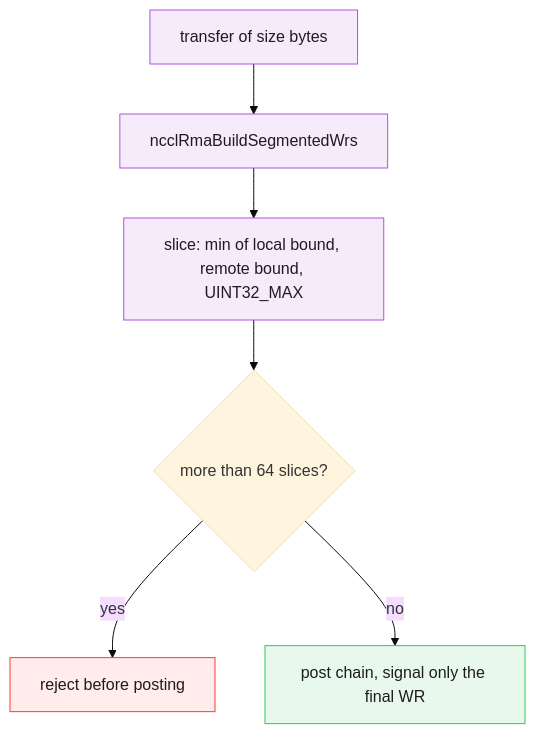
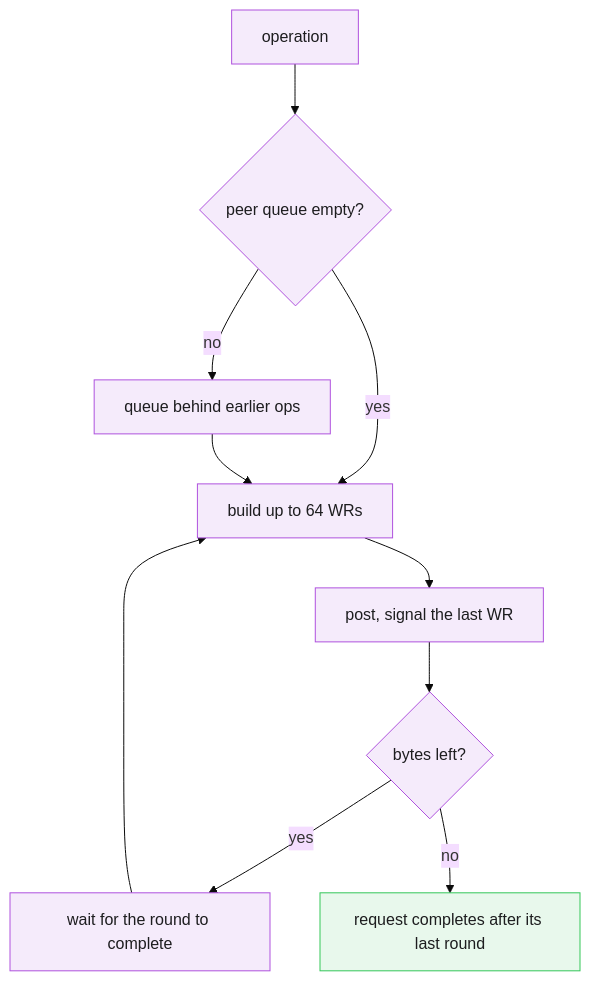
The fourth of 6 diagrams in projects/rccl/docs/design/multi_segment_gin_rma.md (ROCm/rocm-systems), drawn with Mermaid (base theme) before and after one commit. The commit also changed other lines of this file and 16 other files, not shown here.

````diff
--- a/projects/rccl/docs/design/multi_segment_gin_rma.md
+++ b/projects/rccl/docs/design/multi_segment_gin_rma.md
@@ -166,15 +152,17 @@
 ```mermaid
-%% caption: Segmented WR builder: slice, bound check, and final-WR signaling
+%% caption: RMA rounds: one op posted in rounds of at most 64 data WRs
 flowchart TD
- t["transfer of size bytes"] --> b["ncclRmaBuildSegmentedWrs"]
- b --> s["slice: min of local bound, remote bound, UINT32_MAX"]
- s --> more{"more than 64 slices?"}
- more -->|yes| rej["reject before posting"]
- more -->|no| sig["post chain, signal only the final WR"]
+ op["operation"] --> q{"peer queue empty?"}
+ q -->|no| enq["queue behind earlier ops"]
+ q -->|yes| b["build up to 64 WRs"]
+ enq --> b
+ b --> p["post, signal the last WR"]
+ p --> d{"bytes left?"}
+ d -->|yes| w["wait for the round to complete"]
+ w --> b
+ d -->|no| done["request completes after its last round"]
  classDef rma fill:#f5ebfb,stroke:#af52de,color:#1d1d1f
  classDef okpath fill:#e8f8ec,stroke:#34c759,color:#1d1d1f
- classDef failpath fill:#ffeceb,stroke:#ff3b30,color:#1d1d1f
- class t,b,s rma
- class sig okpath
- class rej failpath
+ class op,q,enq,b,p,d,w rma
+ class done okpath
 ```
````
